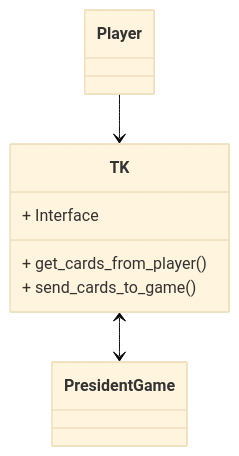
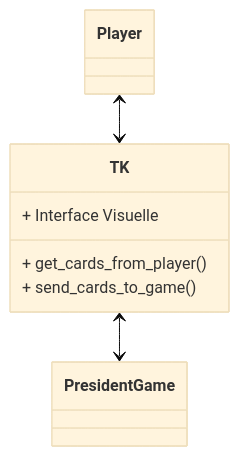
One commit to Mistayan/President-Game changed the fifth of 5 diagrams in README.md. Above: the diagram before and after it, drawn with Mermaid (base theme). The commit also changed other lines of this file and 23 other files, not shown here.

````diff
--- a/README.md
+++ b/README.md
@@ -98,12 +137,12 @@
 ```mermaid
 classDiagram
-    Player --> TK
+    Player <--> TK
     TK <--> PresidentGame
     class TK {
-    + Interface
+    + Interface Visuelle
     
     + get_cards_from_player()
     + send_cards_to_game()
     }
     
 ```
````
